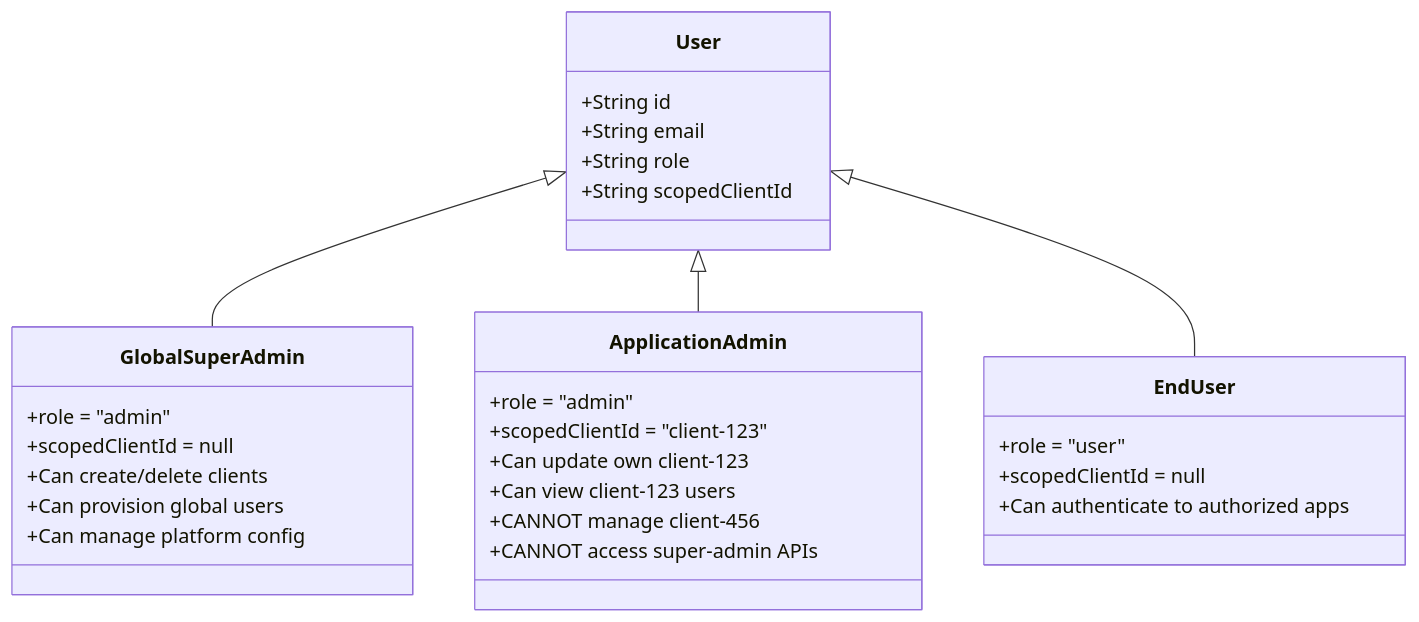
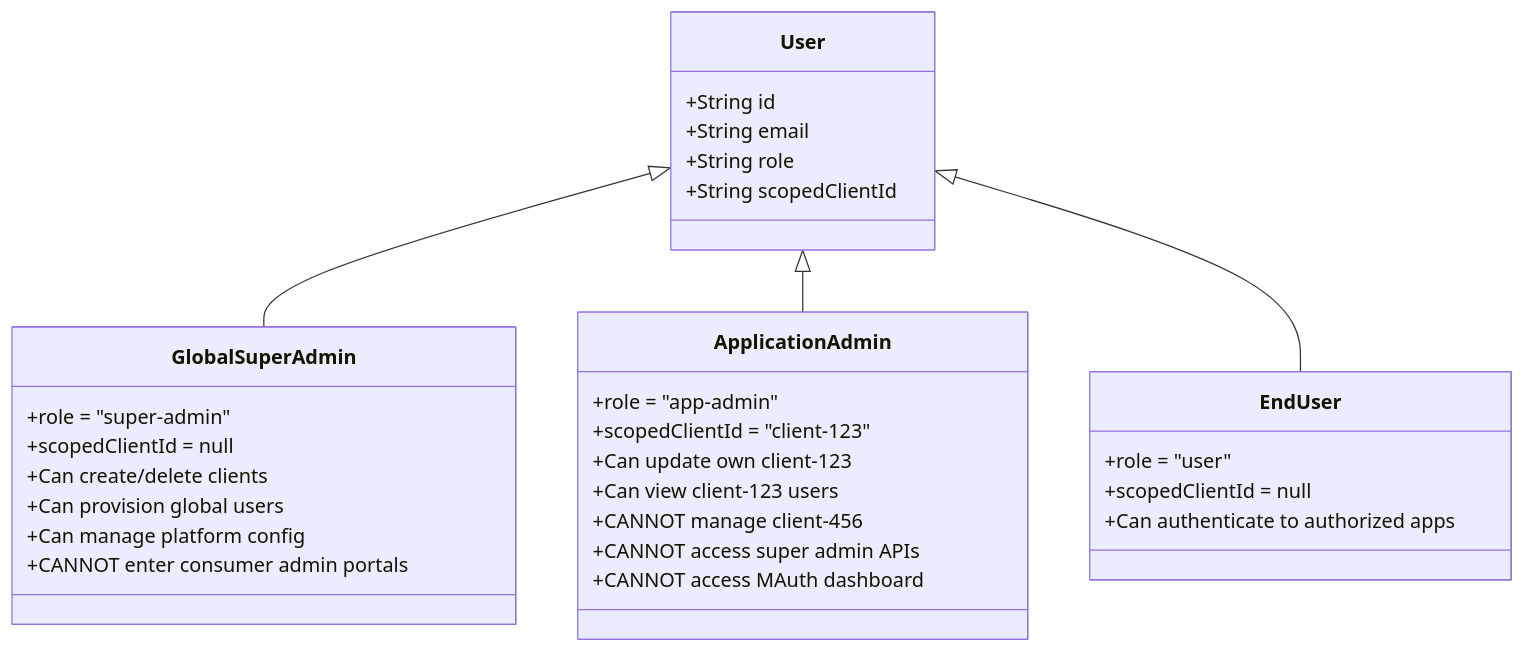
One commit to SGOD-pro/OAuth2.1 changed the diagram in docs/ARCHITECTURE.md. Above: the diagram before and after it, drawn with Mermaid. The commit also changed other lines of this file and 21 other files, not shown here.

````diff
--- a/docs/ARCHITECTURE.md
+++ b/docs/ARCHITECTURE.md
@@ -104,36 +104,38 @@
 ```mermaid
 classDiagram
     class User {
         +String id
         +String email
         +String role
         +String scopedClientId
     }
 
     class GlobalSuperAdmin {
-        +role = "admin"
+        +role = "super-admin"
         +scopedClientId = null
         +Can create/delete clients
         +Can provision global users
         +Can manage platform config
+        +CANNOT enter consumer admin portals
     }
 
     class ApplicationAdmin {
-        +role = "admin"
+        +role = "app-admin"
         +scopedClientId = "client-123"
         +Can update own client-123
         +Can view client-123 users
         +CANNOT manage client-456
-        +CANNOT access super-admin APIs
+        +CANNOT access super admin APIs
+        +CANNOT access MAuth dashboard
     }
 
     class EndUser {
         +role = "user"
         +scopedClientId = null
         +Can authenticate to authorized apps
     }
 
     User <|-- GlobalSuperAdmin
     User <|-- ApplicationAdmin
     User <|-- EndUser
 ```
````
